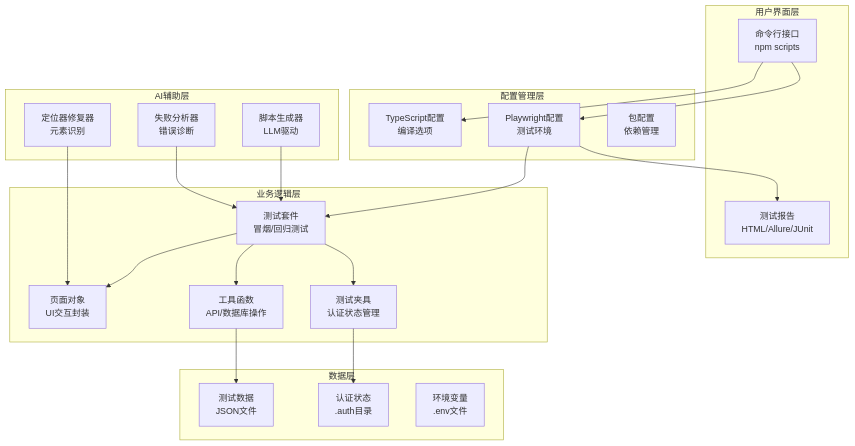
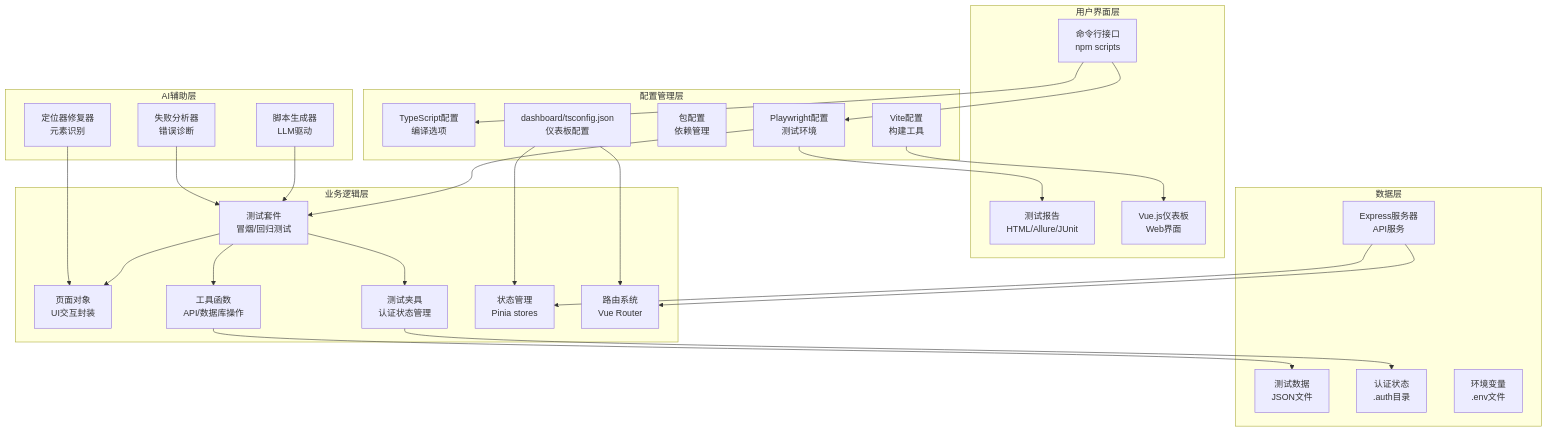
One commit to zzgoviziwind/--playwright changed the second of 14 diagrams in .qoder/repowiki/zh/content/测试框架配置/TypeScript配置.md. Above: the diagram before and after it, drawn with Mermaid. The commit also changed other lines of this file and 112 other files, not shown here.

````diff
--- a/.qoder/repowiki/zh/content/测试框架配置/TypeScript配置.md
+++ b/.qoder/repowiki/zh/content/测试框架配置/TypeScript配置.md
@@ -190,40 +248,51 @@
 ```mermaid
 graph TB
 subgraph "用户界面层"
 CLI[命令行接口<br/>npm scripts]
 REPORT[测试报告<br/>HTML/Allure/JUnit]
+DASHBOARD_UI[Vue.js仪表板<br/>Web界面]
 end
 subgraph "配置管理层"
 TS_CFG[TypeScript配置<br/>编译选项]
 PW_CFG[Playwright配置<br/>测试环境]
 PKG_CFG[包配置<br/>依赖管理]
+DASH_TS[dashboard/tsconfig.json<br/>仪表板配置]
+DASH_VITE[Vite配置<br/>构建工具]
 end
 subgraph "业务逻辑层"
 TEST_SUITE[测试套件<br/>冒烟/回归测试]
 PAGE_OBJECTS[页面对象<br/>UI交互封装]
 FIXTURES[测试夹具<br/>认证状态管理]
 UTILS[工具函数<br/>API/数据库操作]
+DASH_STORES[状态管理<br/>Pinia stores]
+DASH_ROUTES[路由系统<br/>Vue Router]
 end
 subgraph "AI辅助层"
 SCRIPT_GEN[脚本生成器<br/>LLM驱动]
 LOCATOR_HEALER[定位器修复器<br/>元素识别]
 FAILURE_ANALYZER[失败分析器<br/>错误诊断]
 end
 subgraph "数据层"
 TEST_DATA[测试数据<br/>JSON文件]
 AUTH_STATE[认证状态<br/>.auth目录]
 ENV_VARS[环境变量<br/>.env文件]
+DASH_SERVER[Express服务器<br/>API服务]
 end
 CLI --> PW_CFG
 CLI --> TS_CFG
 PW_CFG --> TEST_SUITE
 TEST_SUITE --> PAGE_OBJECTS
 TEST_SUITE --> FIXTURES
 TEST_SUITE --> UTILS
 UTILS --> TEST_DATA
 FIXTURES --> AUTH_STATE
 PW_CFG --> REPORT
 SCRIPT_GEN --> TEST_SUITE
 LOCATOR_HEALER --> PAGE_OBJECTS
 FAILURE_ANALYZER --> TEST_SUITE
+DASH_TS --> DASH_STORES
+DASH_TS --> DASH_ROUTES
+DASH_VITE --> DASHBOARD_UI
+DASH_SERVER --> DASH_ROUTES
+DASH_SERVER --> DASH_STORES
 ```
````
